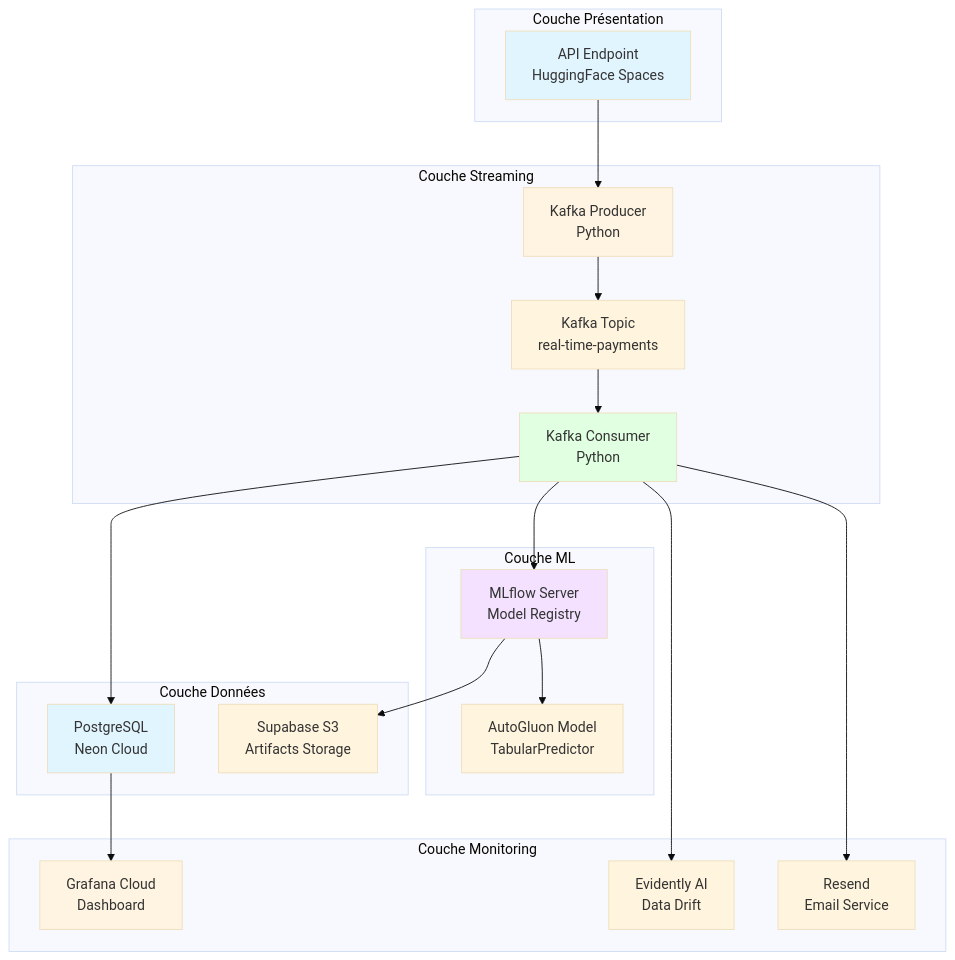
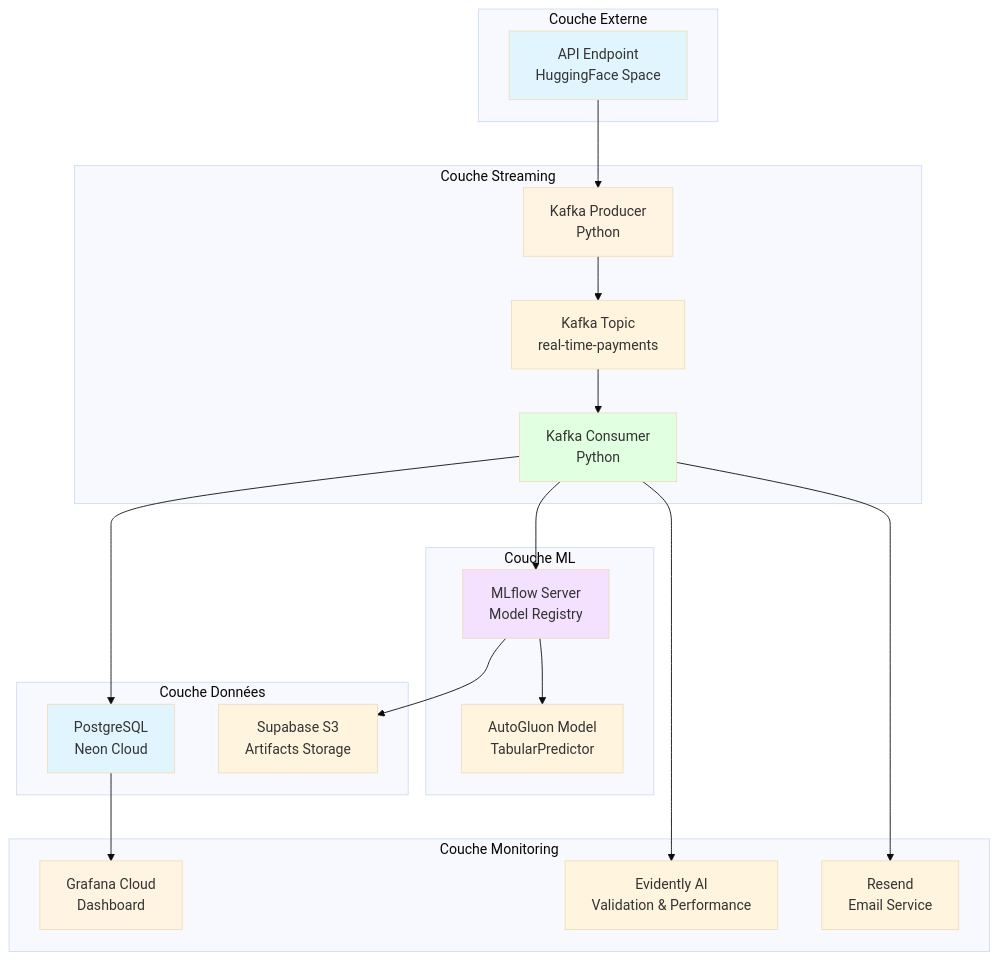
The first of 8 diagrams in Services/docsify/docs/architecture.md (jefraudai/jefraudai), drawn with Mermaid (base theme) before and after one commit. The commit also changed other lines of this file and 6 other files, not shown here.

````diff
--- a/Services/docsify/docs/architecture.md
+++ b/Services/docsify/docs/architecture.md
@@ -9,46 +9,46 @@
 ```mermaid
 graph TD
-    subgraph "Couche Présentation"
-        UI[API Endpoint<br/>HuggingFace Spaces]
+    subgraph "Couche Externe"
+        UI[API Endpoint<br/>HuggingFace Space]
     end
     
     subgraph "Couche Streaming"
         KP[Kafka Producer<br/>Python]
         KT[Kafka Topic<br/>real-time-payments]
         KC[Kafka Consumer<br/>Python]
     end
     
     subgraph "Couche ML"
         ML[MLflow Server<br/>Model Registry]
         AG[AutoGluon Model<br/>TabularPredictor]
     end
     
     subgraph "Couche Données"
         PG[PostgreSQL<br/>Neon Cloud]
         S3[Supabase S3<br/>Artifacts Storage]
     end
     
     subgraph "Couche Monitoring"
         GF[Grafana Cloud<br/>Dashboard]
-        EV[Evidently AI<br/>Data Drift]
+        EV[Evidently AI<br/>Validation & Performance]
         RS[Resend<br/>Email Service]
     end
     
     UI --> KP
     KP --> KT
     KT --> KC
     KC --> ML
     ML --> AG
     KC --> PG
     ML --> S3
     PG --> GF
     KC --> EV
     KC --> RS
     
     style UI fill:#e1f5ff
     style KP fill:#fff4e1
     style KC fill:#e1ffe1
     style ML fill:#f3e1ff
     style PG fill:#e1f5ff
     style GF fill:#fff4e1
 ```
````
